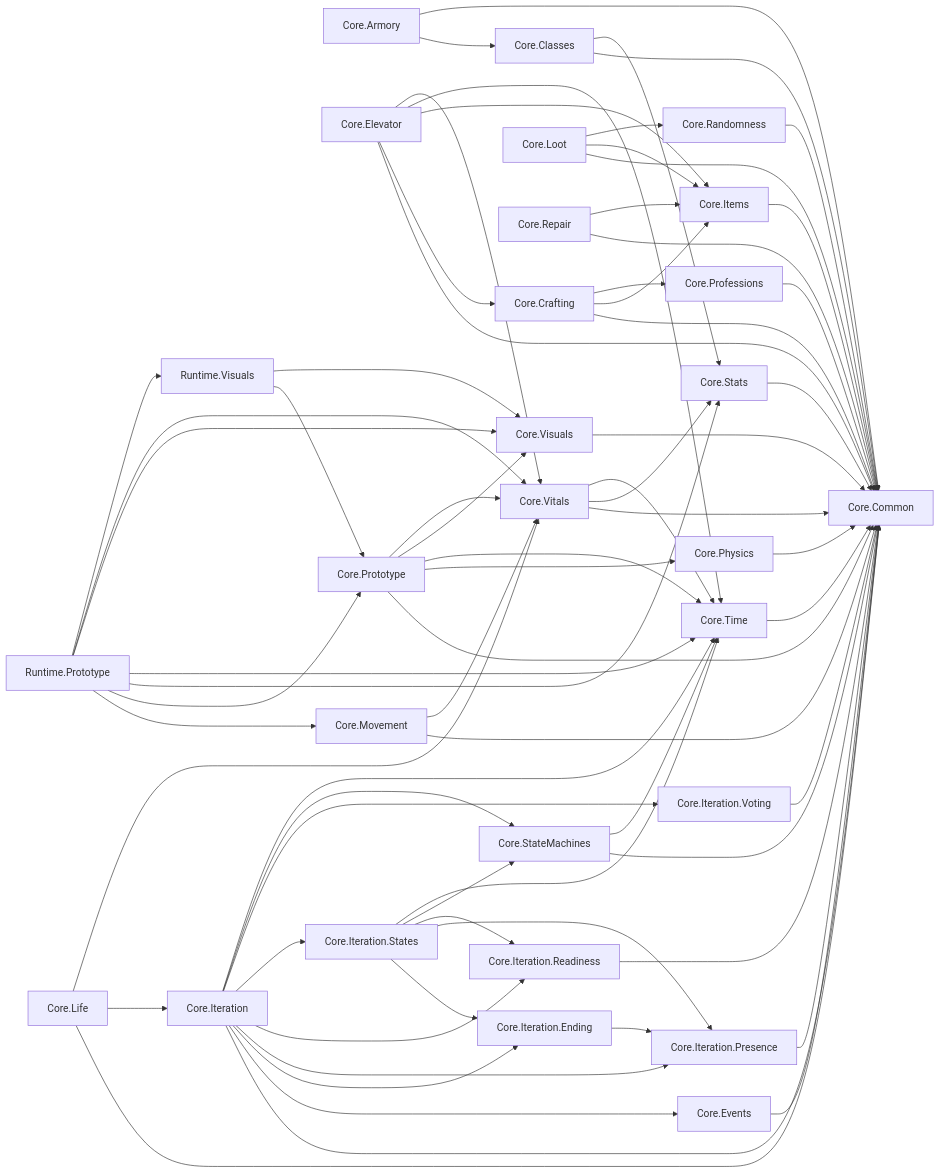
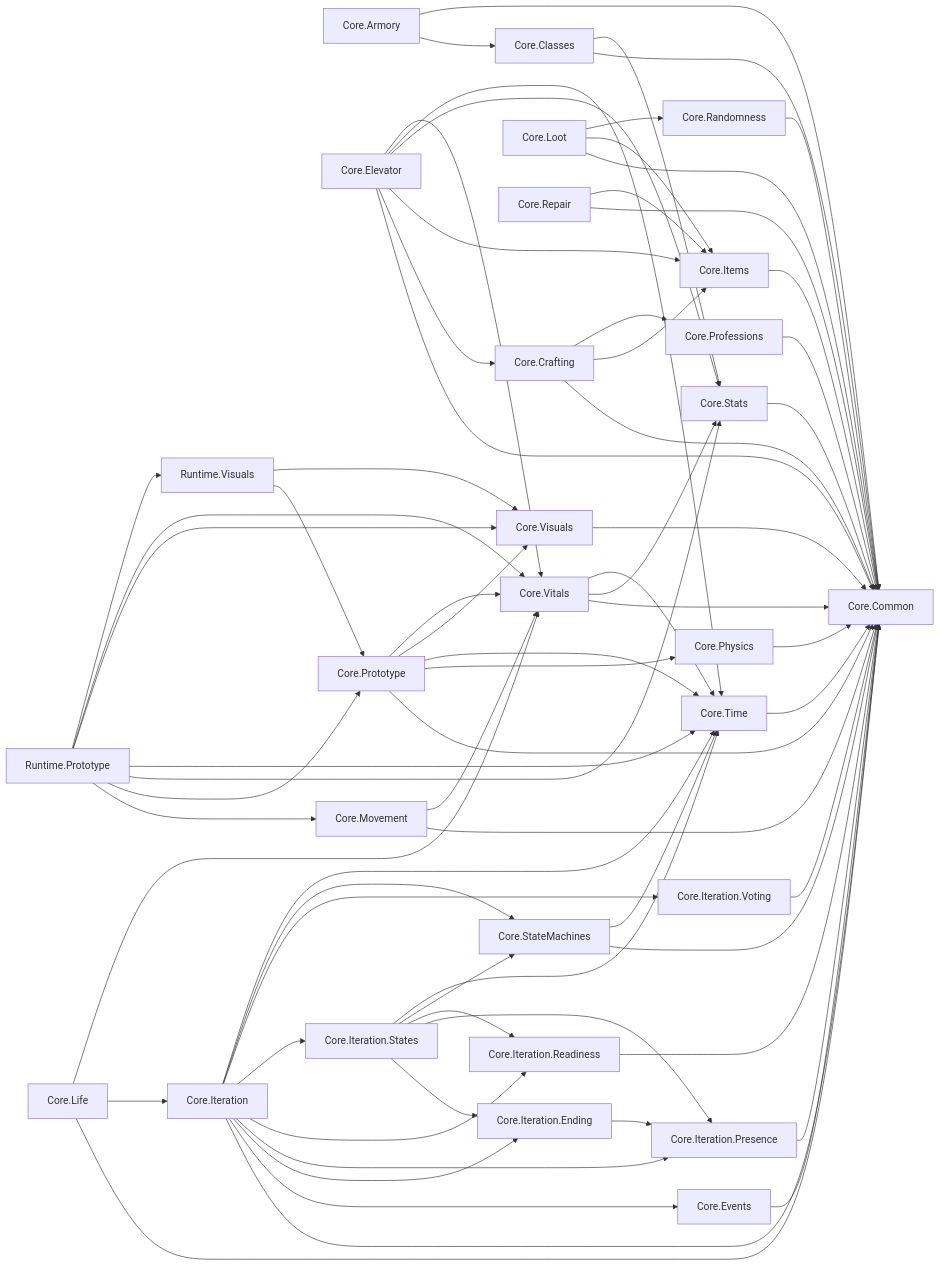
Before and after one commit to LazaroPol/Acensor: the diagram in docs/arquitectura/MODULOS.md, drawn with Mermaid. The commit also changed other lines of this file and 9 other files, not shown here.

````diff
--- a/docs/arquitectura/MODULOS.md
+++ b/docs/arquitectura/MODULOS.md
@@ -40,58 +40,58 @@
 ```mermaid
 flowchart LR
   n0["Core.Armory"]
   n1["Core.Classes"]
   n2["Core.Common"]
   n3["Core.Crafting"]
   n4["Core.Elevator"]
   n5["Core.Events"]
   n6["Core.Items"]
   n7["Core.Iteration"]
   n8["Core.Iteration.Ending"]
   n9["Core.Iteration.Presence"]
   n10["Core.Iteration.Readiness"]
   n11["Core.Iteration.States"]
   n12["Core.Iteration.Voting"]
   n13["Core.Life"]
   n14["Core.Loot"]
   n15["Core.Movement"]
   n16["Core.Physics"]
   n17["Core.Professions"]
   n18["Core.Prototype"]
   n19["Core.Randomness"]
   n20["Core.Repair"]
   n21["Core.StateMachines"]
   n22["Core.Stats"]
   n23["Core.Time"]
   n24["Core.Visuals"]
   n25["Core.Vitals"]
   n26["Runtime.Prototype"]
   n27["Runtime.Visuals"]
   n0 --> n1 & n2
   n1 --> n2 & n22
   n3 --> n2 & n6 & n17
-  n4 --> n2 & n3 & n6 & n23 & n25
+  n4 --> n2 & n3 & n6 & n22 & n23 & n25
   n5 --> n2
   n6 --> n2
   n7 --> n2 & n5 & n8 & n9 & n10 & n11 & n12 & n21 & n23
   n8 --> n9
   n9 --> n2
   n10 --> n2
   n11 --> n8 & n9 & n10 & n21 & n23
   n12 --> n2
   n13 --> n2 & n7 & n25
   n14 --> n2 & n6 & n19
   n15 --> n2 & n25
   n16 --> n2
   n17 --> n2
   n18 --> n2 & n16 & n23 & n24 & n25
   n19 --> n2
   n20 --> n2 & n6
   n21 --> n2 & n23
   n22 --> n2
   n23 --> n2
   n24 --> n2
   n25 --> n2 & n22 & n23
   n26 --> n15 & n18 & n22 & n23 & n24 & n25 & n27
   n27 --> n18 & n24
 ```
````
